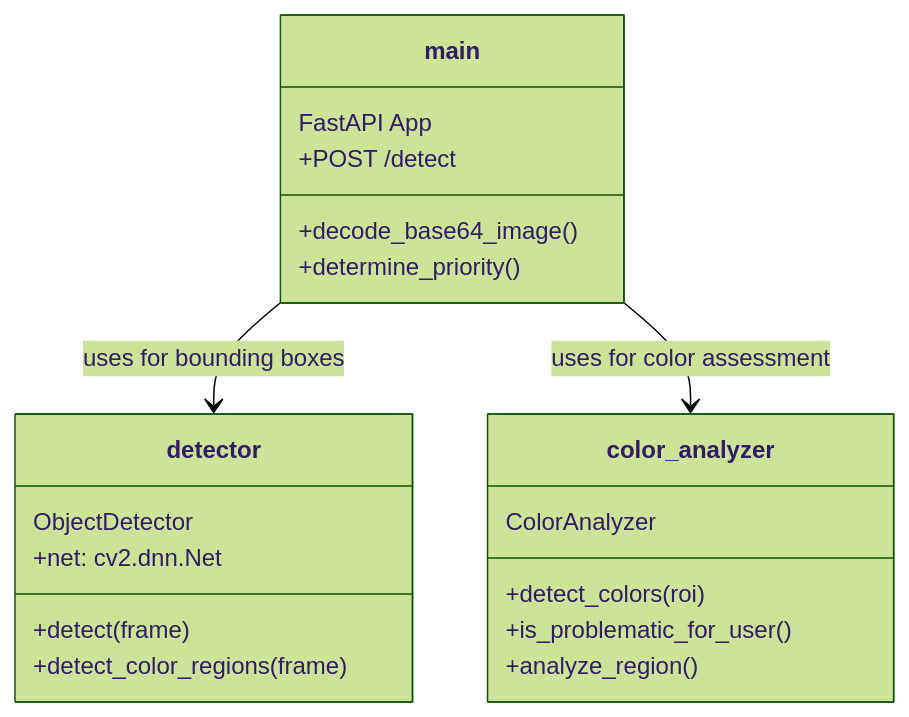
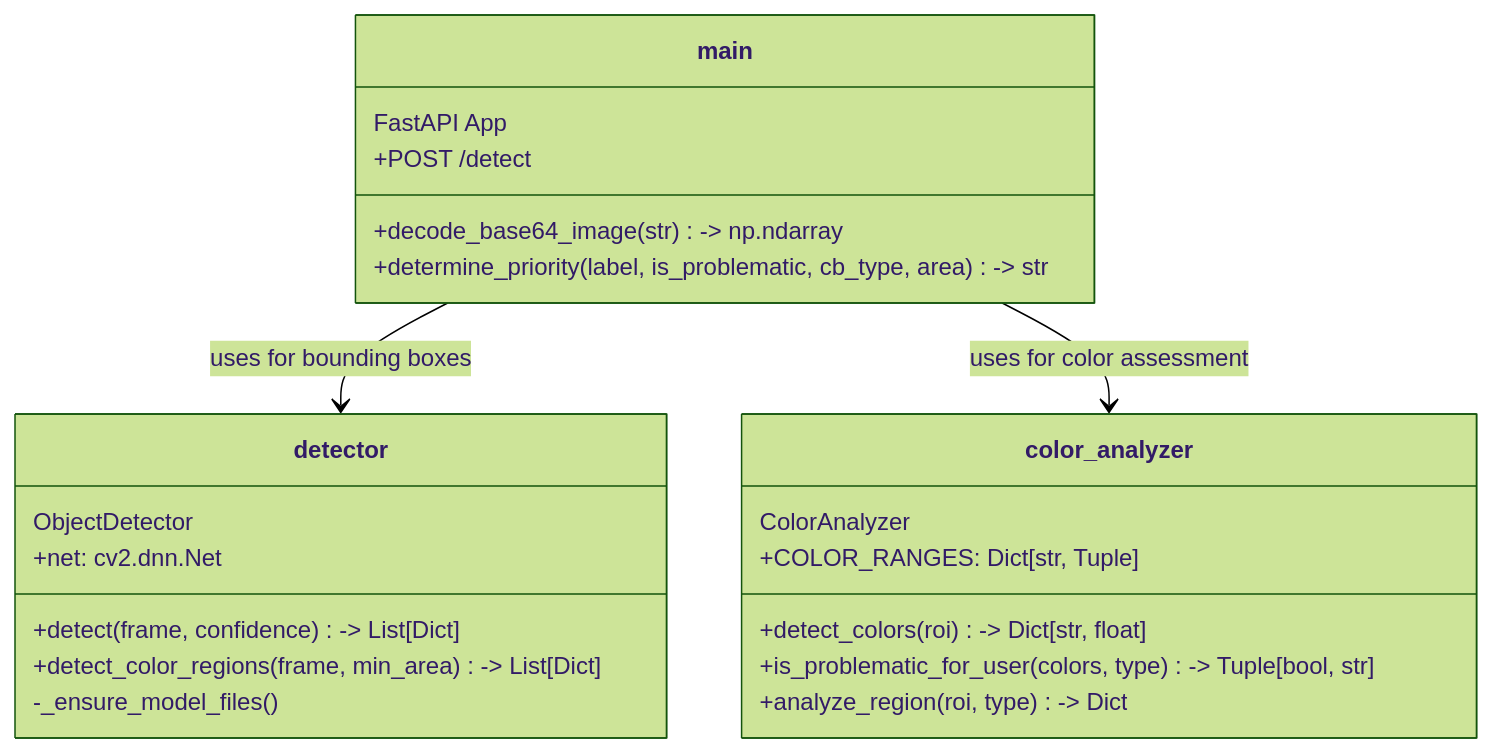
Before and after one commit to alexli8408/TrueLight: the second of 5 diagrams in devlog.md, drawn with Mermaid (forest theme). The commit also changed other lines of this file, not shown here.

Commit message:
docs: expand true light server architecture logic

````diff
--- a/devlog.md
+++ b/devlog.md
@@ -64,24 +70,26 @@
 ```mermaid
 classDiagram
     class main {
         FastAPI App
         +POST /detect
-        +decode_base64_image()
-        +determine_priority()
+        +decode_base64_image(str) -> np.ndarray
+        +determine_priority(label, is_problematic, cb_type, area) -> str
     }
     class detector {
         ObjectDetector
         +net: cv2.dnn.Net
-        +detect(frame)
-        +detect_color_regions(frame)
+        +detect(frame, confidence) -> List[Dict]
+        +detect_color_regions(frame, min_area) -> List[Dict]
+        -_ensure_model_files()
     }
     class color_analyzer {
         ColorAnalyzer
-        +detect_colors(roi)
-        +is_problematic_for_user()
-        +analyze_region()
+        +COLOR_RANGES: Dict[str, Tuple]
+        +detect_colors(roi) -> Dict[str, float]
+        +is_problematic_for_user(colors, type) -> Tuple[bool, str]
+        +analyze_region(roi, type) -> Dict
     }
 
     main --> detector : uses for bounding boxes
     main --> color_analyzer : uses for color assessment
 ```
````
